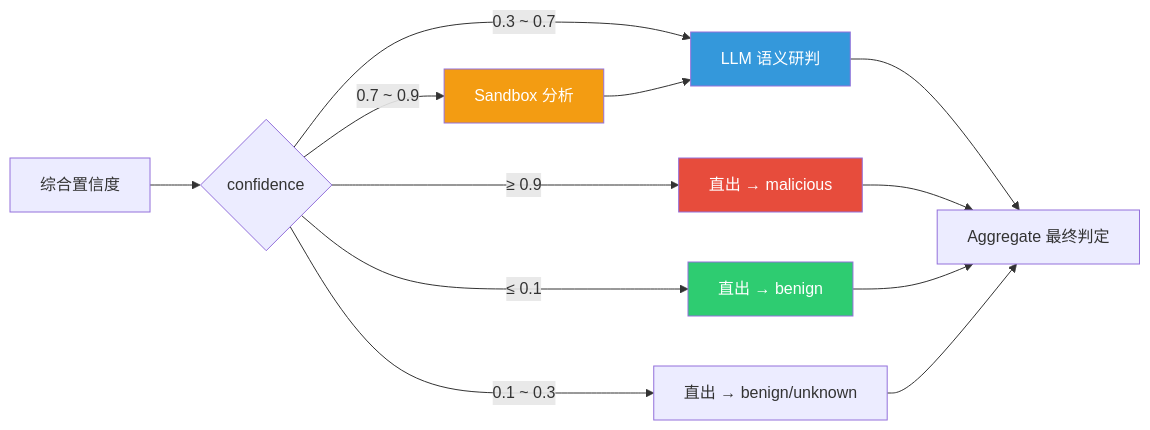
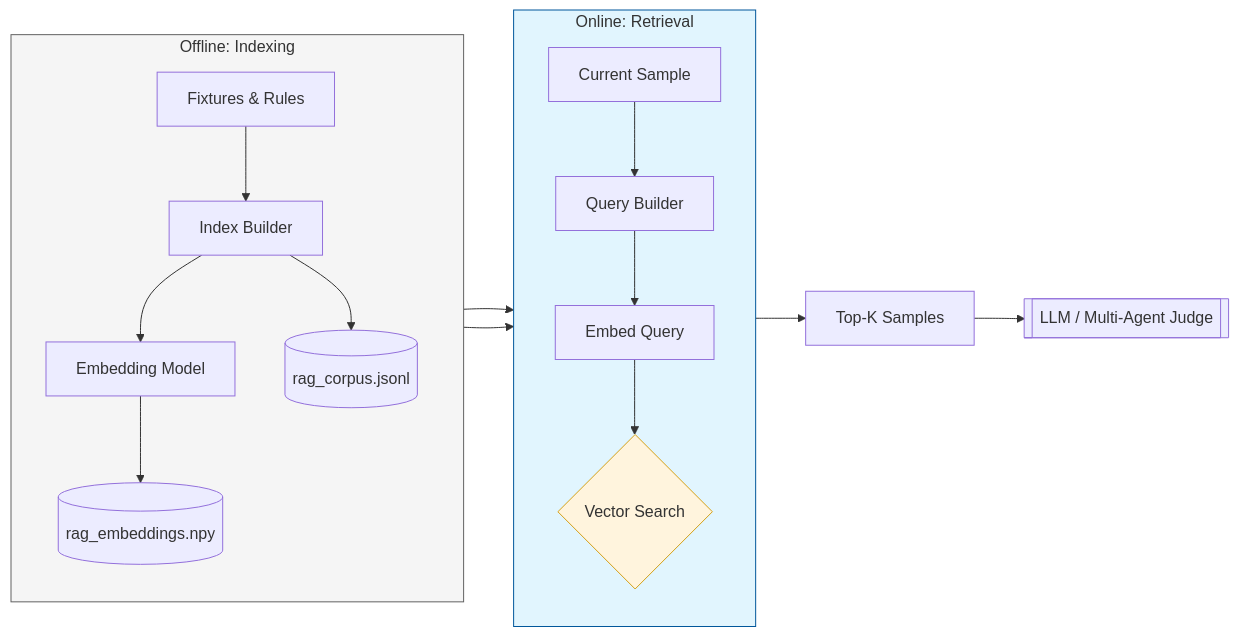
The fourth of 4 diagrams in README.md (lzy756/webshells-detector), drawn with Mermaid before and after one commit. The commit also changed other lines of this file and 1 other file, not shown here.

````diff
--- a/README.md
+++ b/README.md
@@ -108,17 +344,25 @@
 ```mermaid
-graph LR
-    A[综合置信度] --> B{confidence}
-    B -->|"≥ 0.9"| C[直出 → malicious]
-    B -->|"≤ 0.1"| D[直出 → benign]
-    B -->|"0.7 ~ 0.9"| E[Sandbox 分析]
-    B -->|"0.3 ~ 0.7"| F[LLM 语义研判]
-    B -->|"0.1 ~ 0.3"| G[直出 → benign/unknown]
-    E --> F
-    F --> H[Aggregate 最终判定]
-    C & D & G --> H
+flowchart LR
+    subgraph Indexing [Offline: Indexing]
+        direction TB
+        Src[Fixtures & Rules] --> Build[Index Builder]
+        Build --> Embed[Embedding Model]
+        Embed --> Vec[(rag_embeddings.npy)]
+        Build --> Corp[(rag_corpus.jsonl)]
+    end
 
-    style C fill:#e74c3c,color:#fff
-    style D fill:#2ecc71,color:#fff
-    style E fill:#f39c12,color:#fff
-    style F fill:#3498db,color:#fff
+    subgraph Retrieval [Online: Retrieval]
+        direction TB
+        Sample[Current Sample] --> QBuild[Query Builder]
+        QBuild --> QEmbed[Embed Query]
+        QEmbed --> Search{Vector Search}
+    end
+
+    Vec & Corp --> Search
+    Search --> Res[Top-K Samples]
+    Res --> LLM[[LLM / Multi-Agent Judge]]
+
+    style Indexing fill:#f5f5f5,stroke:#616161
+    style Retrieval fill:#e1f5fe,stroke:#01579b
+    style Search fill:#fff4dd,stroke:#d4a017
 ```
````
